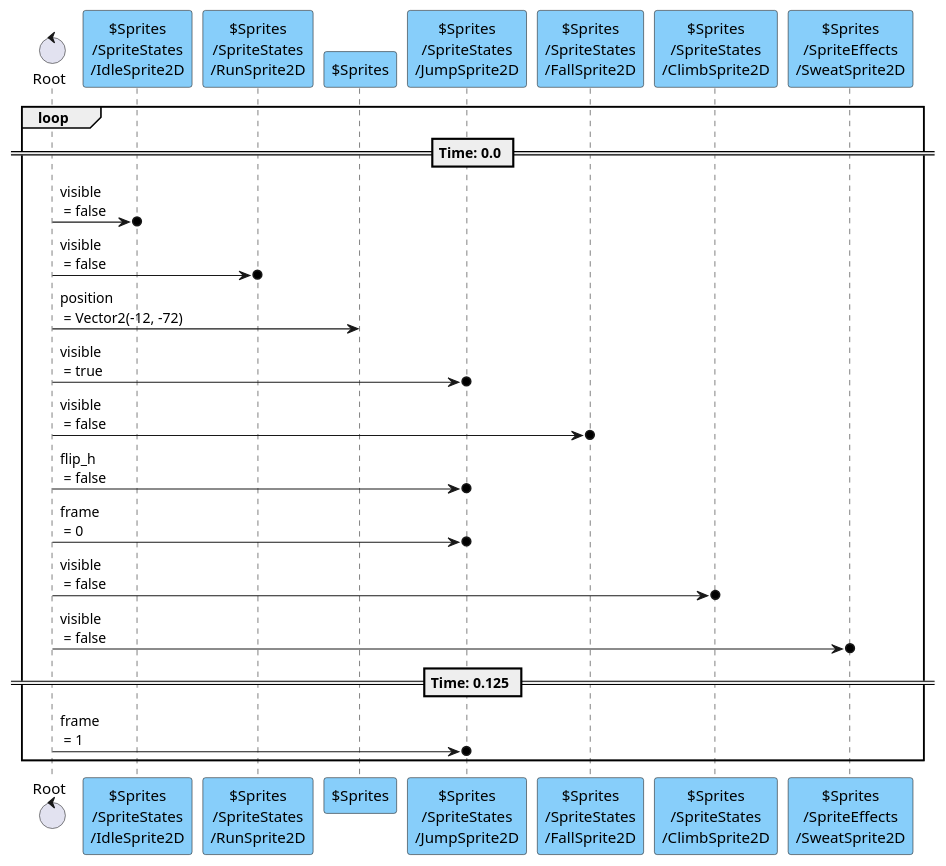
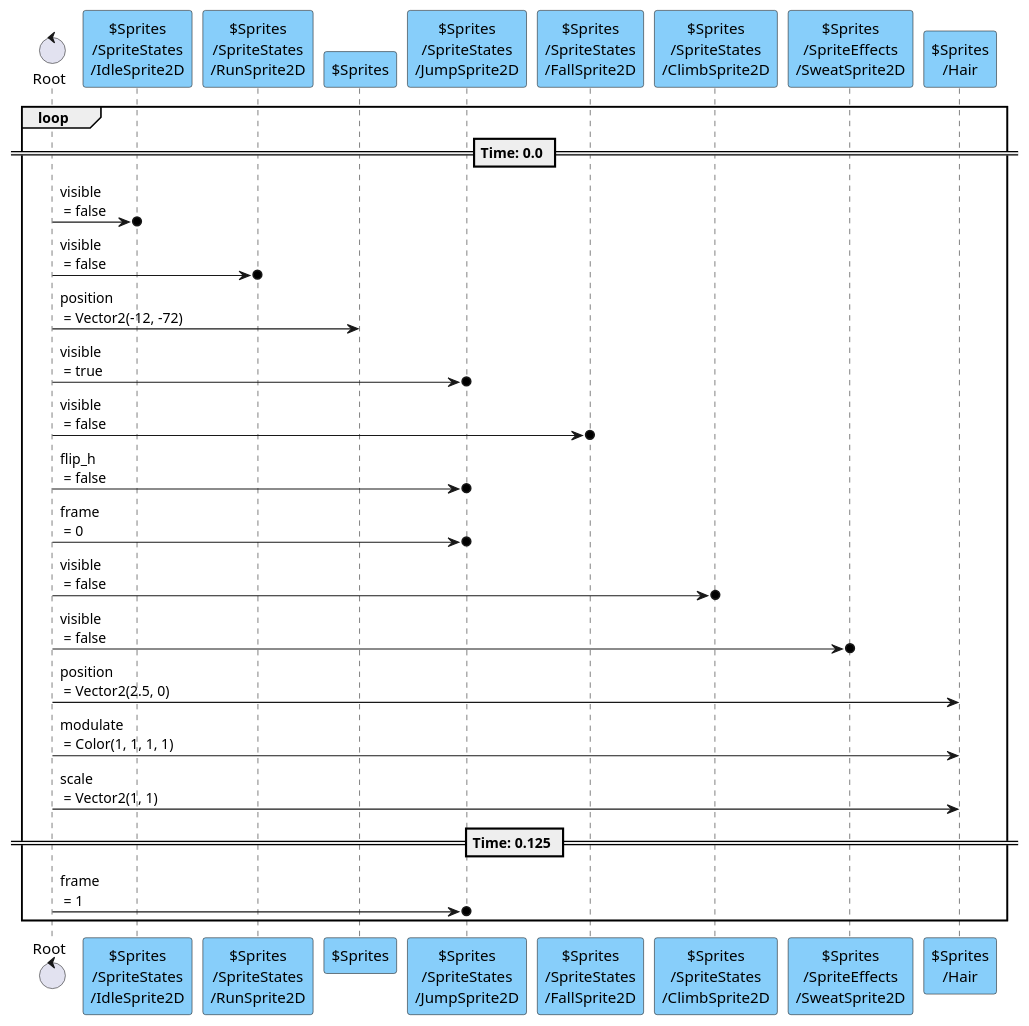
Before and after one commit to tkmfujise/Platformer-Game-Learning: the tenth of 13 diagrams in content/scenes/src/player/player.tscn.adoc, drawn with PlantUML. The commit also changed other lines of this file and 317 other files, not shown here.

```diff
--- a/content/scenes/src/player/player.tscn.adoc
+++ b/content/scenes/src/player/player.tscn.adoc
@@ -946,28 +1043,32 @@
 [plantuml]
 ....
 control "Root" as R
 participant "$Sprites\n/SpriteStates\n/IdleSprite2D" as T0 #87CEFA
 participant "$Sprites\n/SpriteStates\n/RunSprite2D" as T1 #87CEFA
 participant "$Sprites" as T2 #87CEFA
 participant "$Sprites\n/SpriteStates\n/JumpSprite2D" as T3 #87CEFA
 participant "$Sprites\n/SpriteStates\n/FallSprite2D" as T4 #87CEFA
 participant "$Sprites\n/SpriteStates\n/ClimbSprite2D" as T7 #87CEFA
 participant "$Sprites\n/SpriteEffects\n/SweatSprite2D" as T8 #87CEFA
+participant "$Sprites\n/Hair" as T9 #87CEFA
 
 
 loop
 == Time: 0.0 ==
 R  ->o  T0 : visible\n = false
 R  ->o  T1 : visible\n = false
 R  ->  T2 : position\n = Vector2(-12, -72)
 R  ->o  T3 : visible\n = true
 R  ->o  T4 : visible\n = false
 R  ->o  T3 : flip_h\n = false
 R  ->o  T3 : frame\n = 0
 R  ->o  T7 : visible\n = false
 R  ->o  T8 : visible\n = false
+R  ->  T9 : position\n = Vector2(2.5, 0)
+R  ->  T9 : modulate\n = Color(1, 1, 1, 1)
+R  ->  T9 : scale\n = Vector2(1, 1)
 == Time: 0.125 ==
 R  ->o  T3 : frame\n = 1
 
 end
 ....
```
